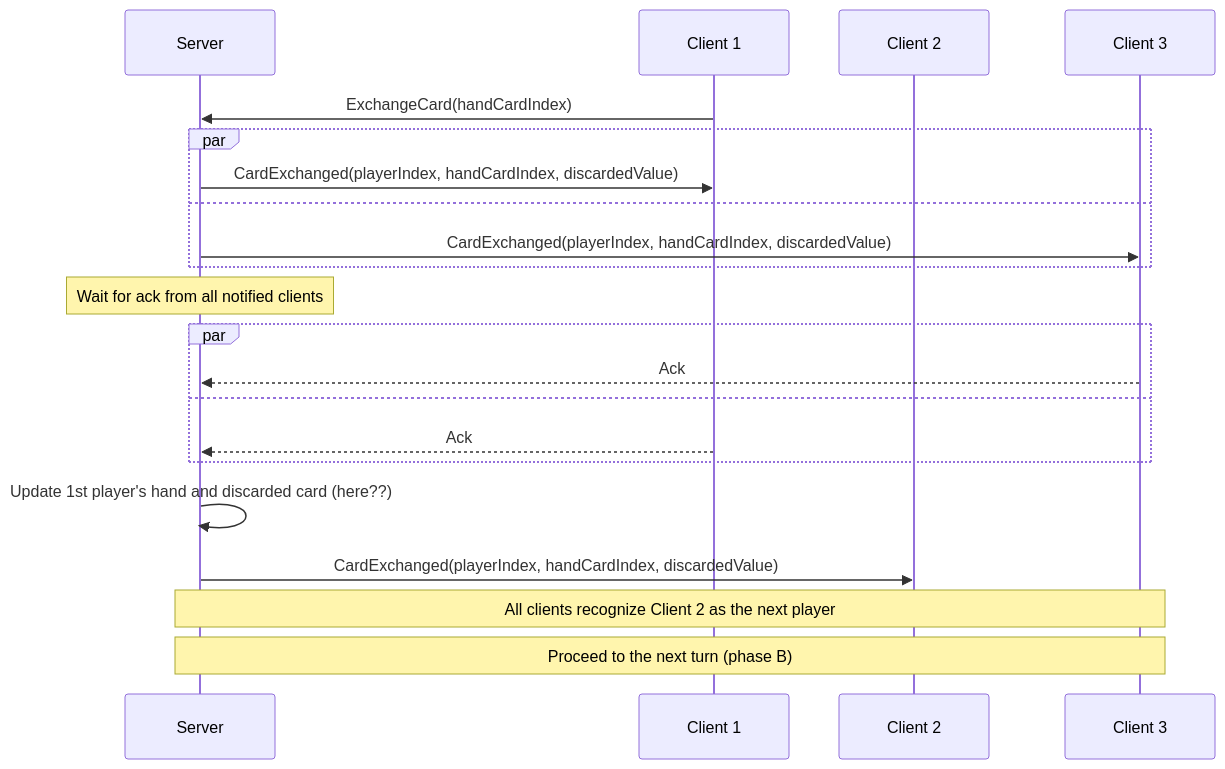
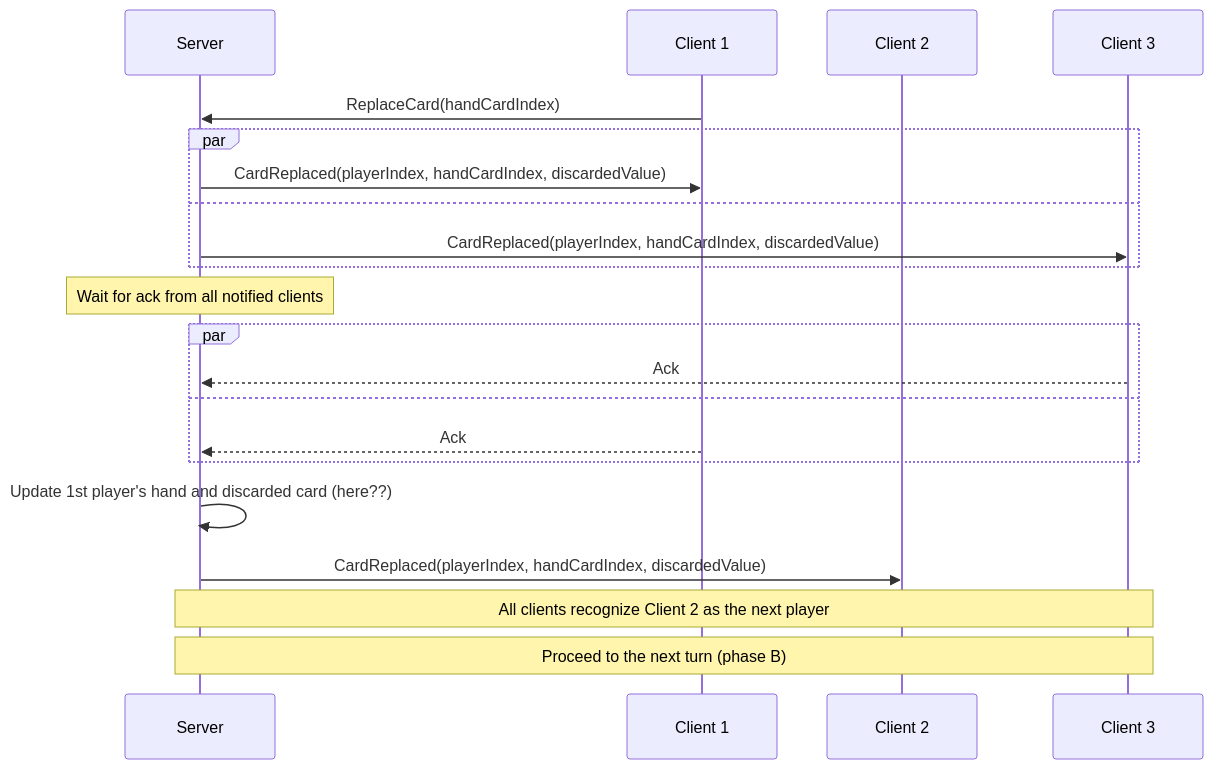
The seventh of 13 diagrams in README.md (roman-zubarevich/another), drawn with Mermaid before and after one commit. The commit also changed other lines of this file, not shown here.

````diff
--- a/README.md
+++ b/README.md
@@ -145,23 +187,23 @@
 ```mermaid
 sequenceDiagram
     participant S as Server
     participant C1 as Client 1
     participant C2 as Client 2
     participant C3 as Client 3
-    C1->>S: ExchangeCard(handCardIndex)
+    C1->>S: ReplaceCard(handCardIndex)
     par
-        S->>C1: CardExchanged(playerIndex, handCardIndex, discardedValue)
+        S->>C1: CardReplaced(playerIndex, handCardIndex, discardedValue)
     and
-        S->>C3: CardExchanged(playerIndex, handCardIndex, discardedValue)
+        S->>C3: CardReplaced(playerIndex, handCardIndex, discardedValue)
     end
     Note over S: Wait for ack from all notified clients
     par
         C3-->>S: Ack
     and
         C1-->>S: Ack
     end
     S->>S: Update 1st player's hand and discarded card (here??)
-    S->>C2: CardExchanged(playerIndex, handCardIndex, discardedValue)
+    S->>C2: CardReplaced(playerIndex, handCardIndex, discardedValue)
     Note over S,C3: All clients recognize Client 2 as the next player
     Note over S,C3: Proceed to the next turn (phase B)
 ```
````
